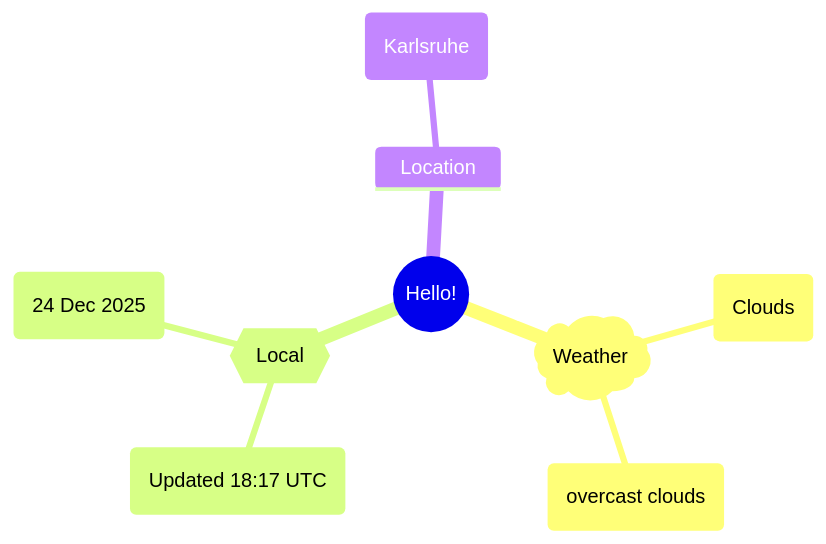
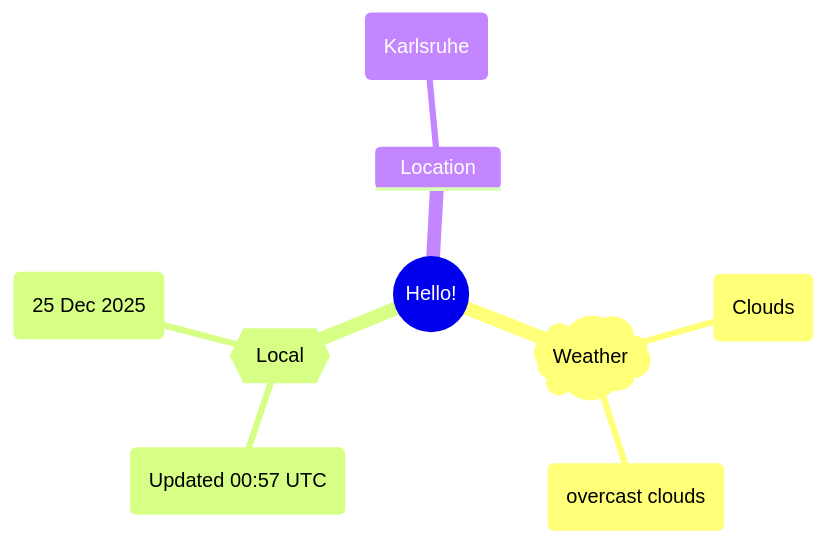
One commit to Xosrov/Xosrov changed the first of 2 diagrams in README.md. Above: the diagram before and after it, drawn with Mermaid.

Commit message:
[bot] updated images

````diff
--- a/README.md
+++ b/README.md
@@ -3,12 +3,12 @@
 ```mermaid
 mindmap
   root((Hello!))
     )Weather(
         (Clouds)
         (overcast clouds)
     {{Local}}
-        (Updated 18:17 UTC)
-        (24 Dec 2025)
+        (Updated 00:57 UTC)
+        (25 Dec 2025)
     Location
         (Karlsruhe)
 ```
````
